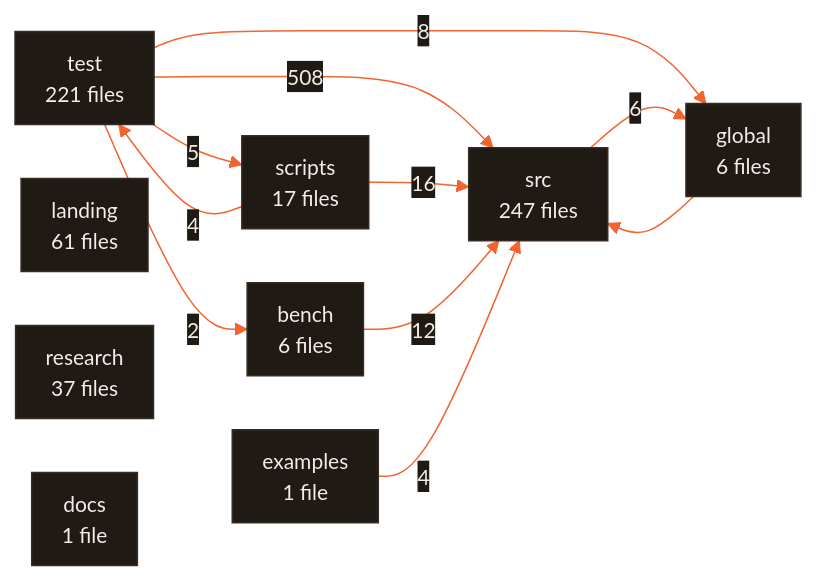
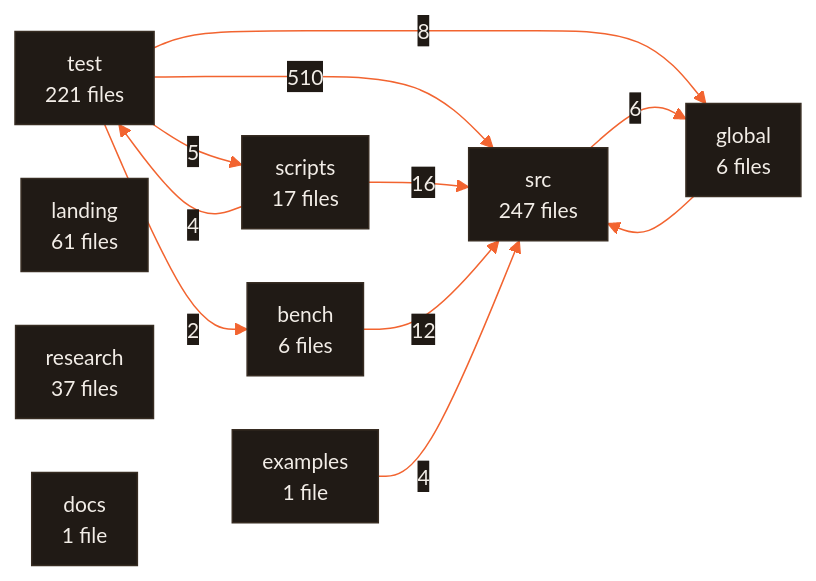
The diagram in ARCHITECTURE.md (CodeWithJuber/forgekit), drawn with Mermaid before and after one commit. The commit also changed 24 other files, not shown here.

````diff
--- a/ARCHITECTURE.md
+++ b/ARCHITECTURE.md
@@ -680,23 +680,23 @@
 ```mermaid
 %%{init: {'theme':'base','themeVariables':{'primaryColor':'#201a15','primaryTextColor':'#f2ede7','primaryBorderColor':'#372c22','lineColor':'#f26430','secondaryColor':'#272019','tertiaryColor':'#171310','edgeLabelBackground':'#201a15','clusterBkg':'#171310','clusterBorder':'#4a3b2e','fontFamily':'ui-sans-serif, system-ui, sans-serif','fontSize':'14px'},'flowchart':{'curve':'basis','padding':10,'nodeSpacing':36,'rankSpacing':44}}}%%
 flowchart LR
   src["src<br/>247 files"]
   test["test<br/>221 files"]
   landing["landing<br/>61 files"]
   research["research<br/>37 files"]
   scripts["scripts<br/>17 files"]
   bench["bench<br/>6 files"]
   global["global<br/>6 files"]
   docs["docs<br/>1 file"]
   examples["examples<br/>1 file"]
-  test -- 508 --> src
+  test -- 510 --> src
   scripts -- 16 --> src
   bench -- 12 --> src
   test -- 8 --> global
   src -- 6 --> global
   test -- 5 --> scripts
   examples -- 4 --> src
   scripts -- 4 --> test
   test -- 2 --> bench
   global --> src
 ```
````
